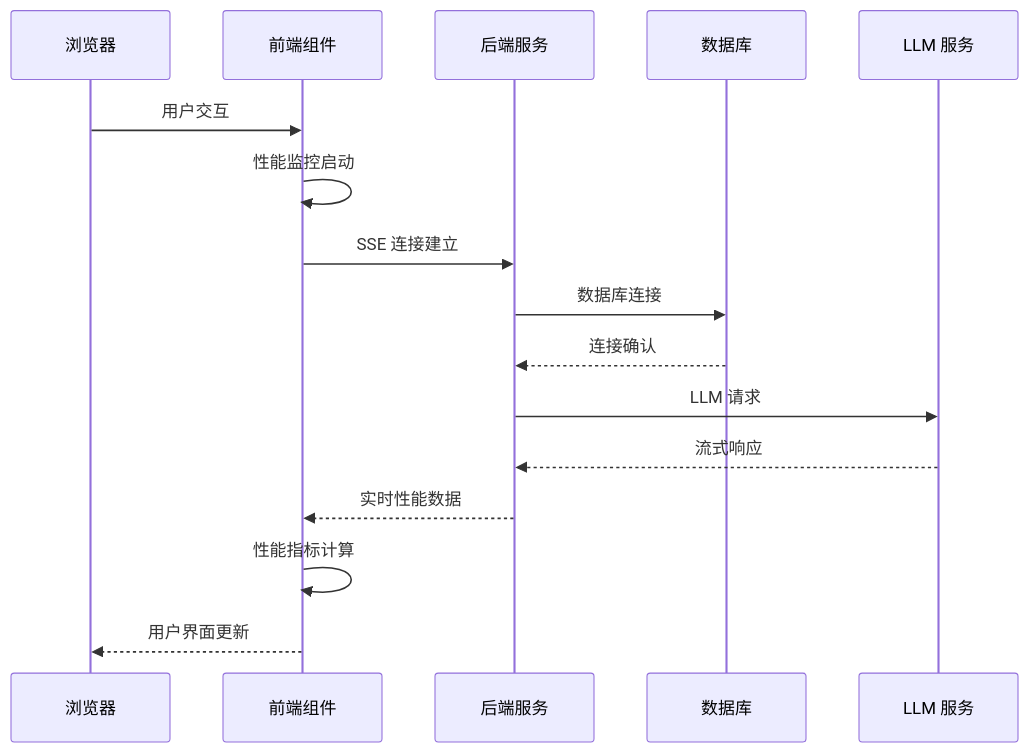
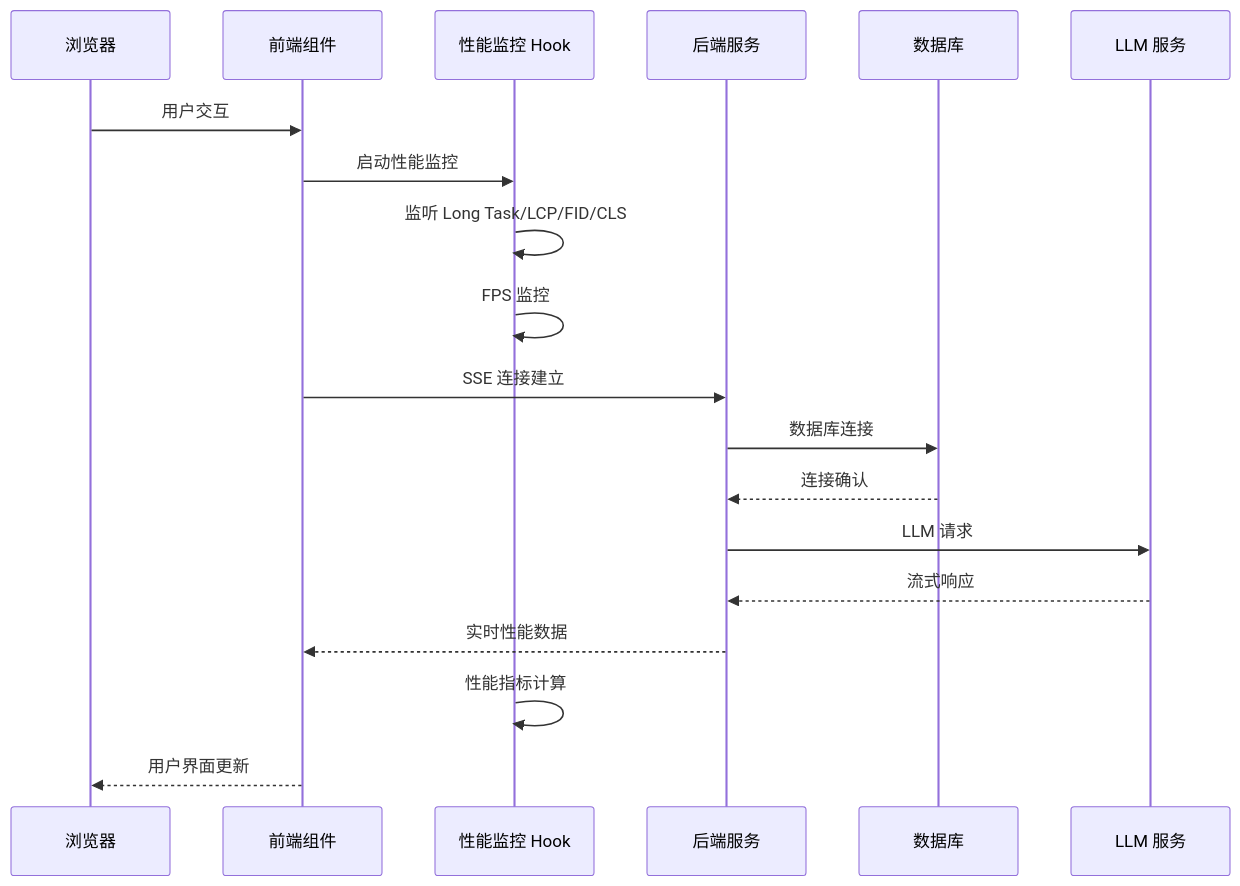
Before and after one commit to KunLabAI/KunFlix: the fourth of 10 diagrams in .qoder/repowiki/zh/content/前端应用架构/性能监控系统.md, drawn with Mermaid. The commit also changed other lines of this file and 22 other files, not shown here.

````diff
--- a/.qoder/repowiki/zh/content/前端应用架构/性能监控系统.md
+++ b/.qoder/repowiki/zh/content/前端应用架构/性能监控系统.md
@@ -154,18 +174,21 @@
 ```mermaid
 sequenceDiagram
 participant Browser as 浏览器
 participant Frontend as 前端组件
+participant PerformanceHook as 性能监控 Hook
 participant Backend as 后端服务
 participant Database as 数据库
 participant LLMProvider as LLM 服务
 Browser->>Frontend : 用户交互
-Frontend->>Frontend : 性能监控启动
+Frontend->>PerformanceHook : 启动性能监控
+PerformanceHook->>PerformanceHook : 监听 Long Task/LCP/FID/CLS
+PerformanceHook->>PerformanceHook : FPS 监控
 Frontend->>Backend : SSE 连接建立
 Backend->>Database : 数据库连接
 Database-->>Backend : 连接确认
 Backend->>LLMProvider : LLM 请求
 LLMProvider-->>Backend : 流式响应
 Backend-->>Frontend : 实时性能数据
-Frontend->>Frontend : 性能指标计算
+PerformanceHook->>PerformanceHook : 性能指标计算
 Frontend-->>Browser : 用户界面更新
 ```
````
